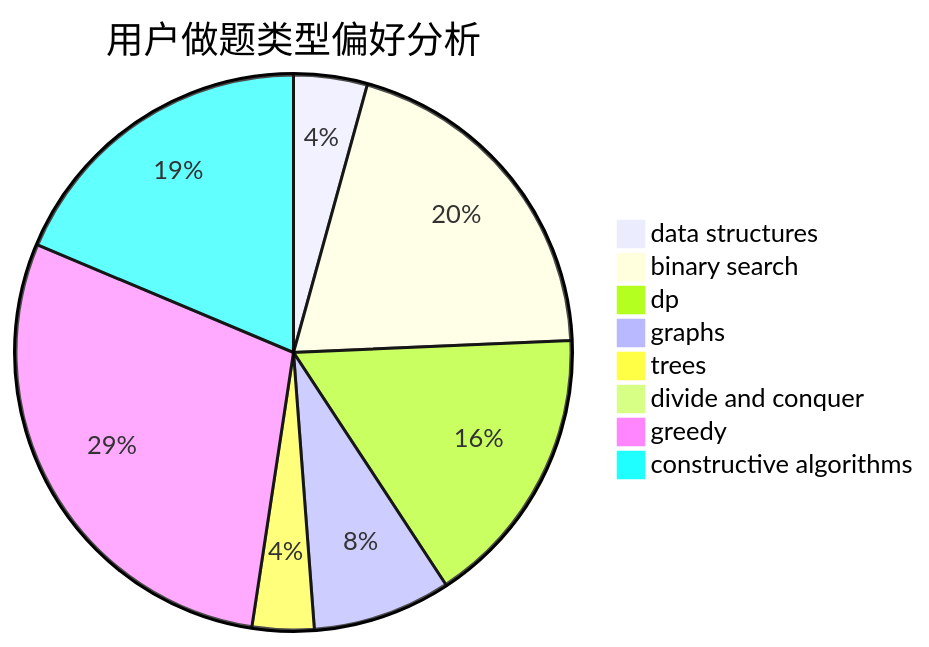
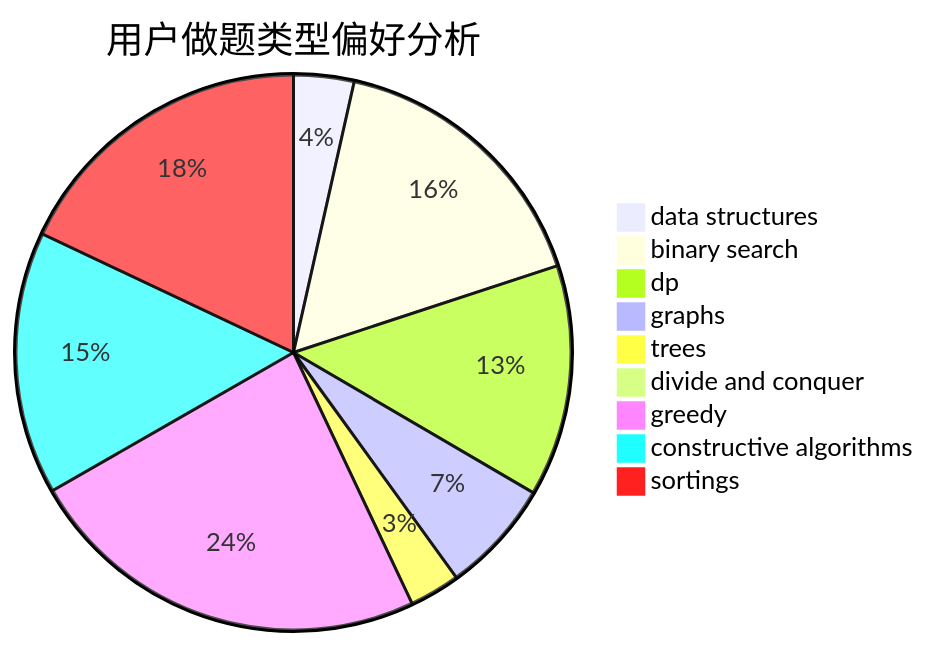
Before and after one commit to sherpahu/cfrs.github.io: the second of 3 diagrams in docs/user/u1094.md, drawn with Mermaid. The commit also changed other lines of this file and 2769 other files, not shown here.

````diff
--- a/docs/user/u1094.md
+++ b/docs/user/u1094.md
@@ -23,11 +18,12 @@
 ```mermaid
 pie title 用户做题类型偏好分析
     "data structures" :  25
     "binary search" :  117
     "dp" :  96
     "graphs" :  47
     "trees" :  21
     "divide and conquer" :  0
     "greedy" :  169
     "constructive algorithms" :  109
+    "sortings" :  128
 ```
````
